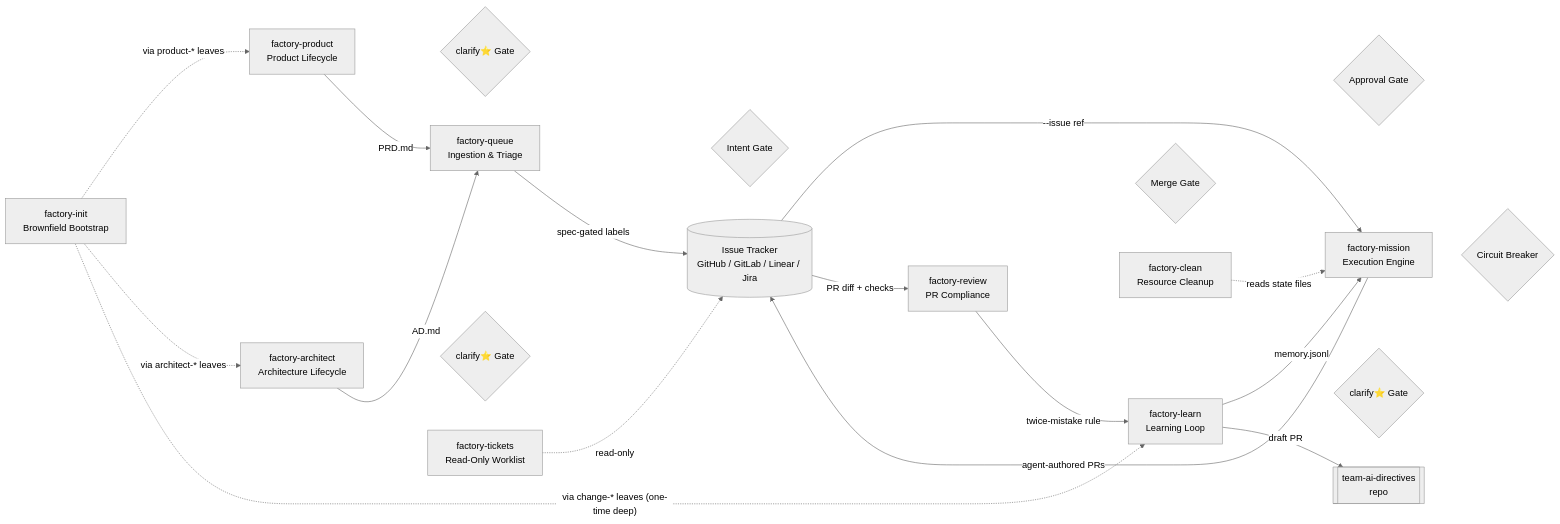
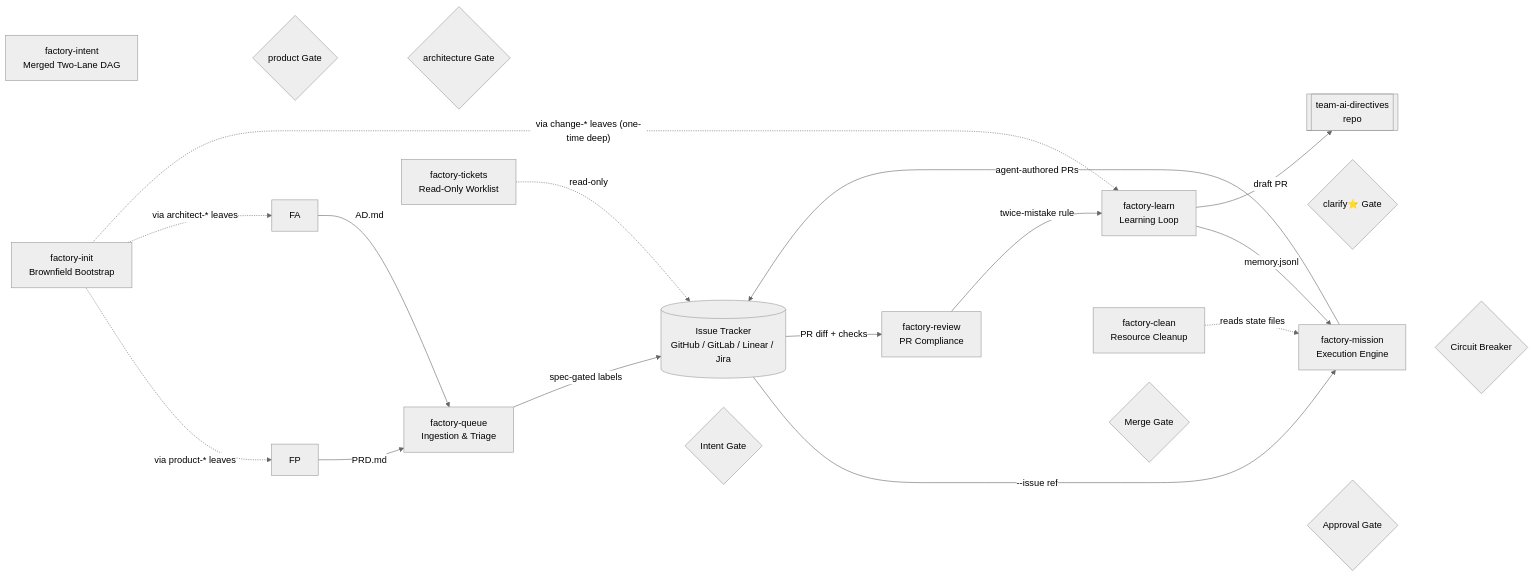
One commit to tikalk/adlc-team-skills changed the diagram in README.md. Above: the diagram before and after it, drawn with Mermaid (neutral theme). The commit also changed other lines of this file and 1 other file, not shown here.

Commit message:
feat(19): document factory-intent removal in README and CHANGELOG

````diff
--- a/README.md
+++ b/README.md
@@ -284,30 +284,29 @@
 ```mermaid
 flowchart LR
     FQ["factory-queue<br/>Ingestion & Triage"] ~~~ IG{"Intent Gate"}
-    FP["factory-product<br/>Product Lifecycle"] ~~~ CG1{"clarify⭐ Gate"}
-    FA["factory-architect<br/>Architecture Lifecycle"] ~~~ CG2{"clarify⭐ Gate"}
+    FI2["factory-intent<br/>Merged Two-Lane DAG"] ~~~ CG1{"product Gate"} & CG1 ~~~ CG2{"architecture Gate"}
     FM["factory-mission<br/>Execution Engine"] ~~~ CB{"Circuit Breaker"}
     FR["factory-review<br/>PR Compliance"] ~~~ MG{"Merge Gate"}
     FL["factory-learn<br/>Learning Loop"] ~~~ CG3{"clarify⭐ Gate"}
     FC["factory-clean<br/>Resource Cleanup"] ~~~ UG{"Approval Gate"}
     FT["factory-tickets<br/>Read-Only Worklist"]
     FI["factory-init<br/>Brownfield Bootstrap"]
 
     TR[("Issue Tracker<br/>GitHub / GitLab / Linear / Jira")]
     TD[["team-ai-directives<br/>repo"]]
 
     FQ -->|"spec-gated labels"| TR
     TR -->|"--issue ref"| FM
     FP -->|"PRD.md"| FQ
     FA -->|"AD.md"| FQ
     FM -->|"agent-authored PRs"| TR
     TR -->|"PR diff + checks"| FR
     FR -->|"twice-mistake rule"| FL
     FL -->|"memory.jsonl"| FM
     FL -->|"draft PR"| TD
     FC -.->|"reads state files"| FM
     FT -.->|"read-only"| TR
     FI -.->|"via product-* leaves"| FP
     FI -.->|"via architect-* leaves"| FA
     FI -.->|"via change-* leaves (one-time deep)"| FL
 ```
````
